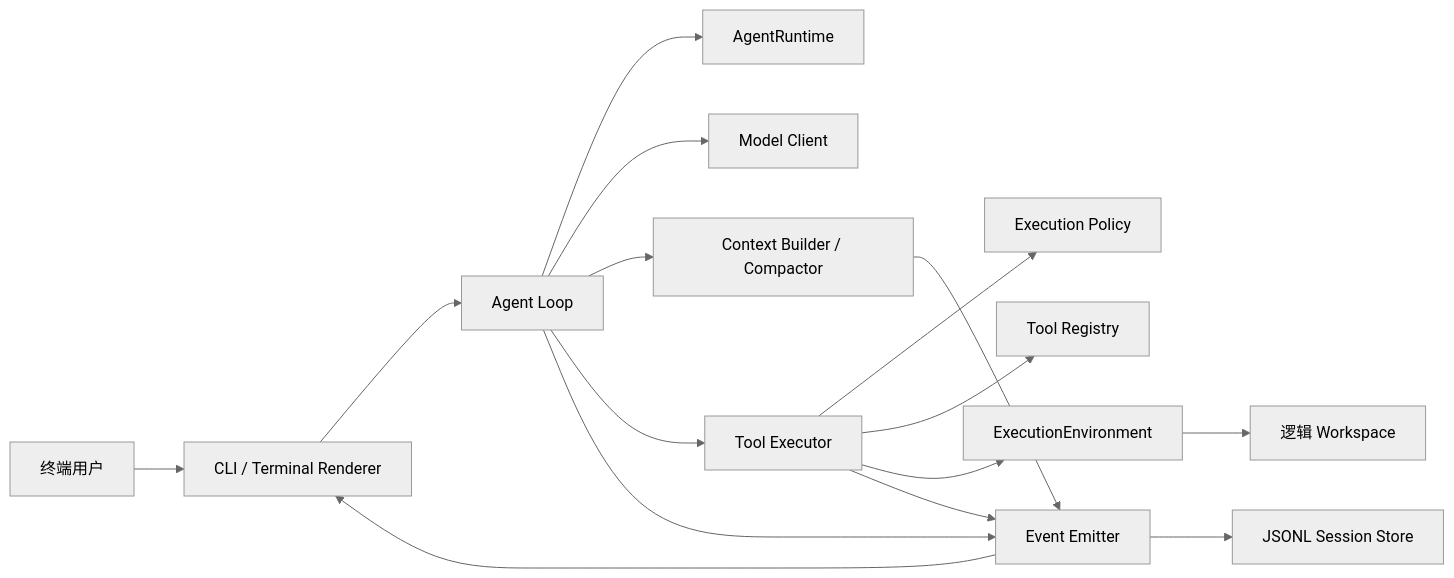
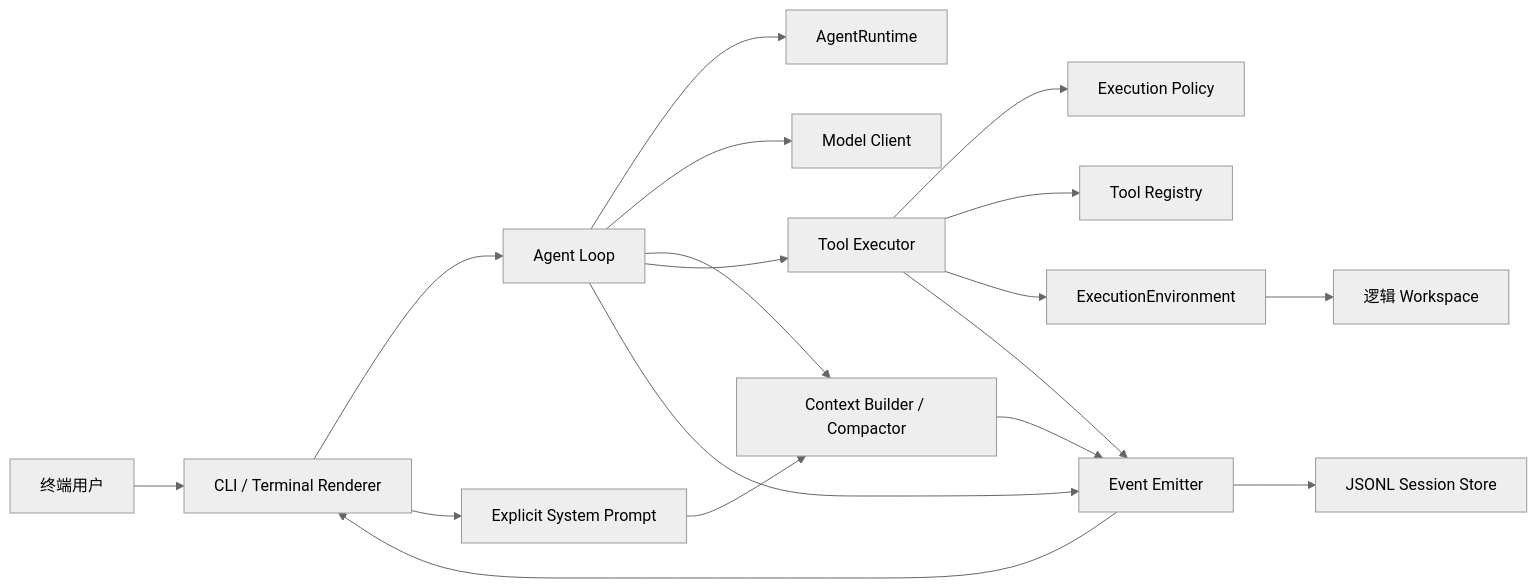
The diagram in docs/baseline/ARCHITECTURE.md (JAY201368/CodingAgentNeo), drawn with Mermaid (neutral theme) before and after one commit. The commit also changed other lines of this file and 6 other files, not shown here.

````diff
--- a/docs/baseline/ARCHITECTURE.md
+++ b/docs/baseline/ARCHITECTURE.md
@@ -55,18 +56,20 @@
 ```mermaid
 flowchart LR
     User["终端用户"] --> CLI["CLI / Terminal Renderer"]
     CLI --> Loop["Agent Loop"]
+    CLI --> Prompt["Explicit System Prompt"]
     Loop --> Runtime["AgentRuntime"]
     Loop --> Model["Model Client"]
     Loop --> Context["Context Builder / Compactor"]
+    Prompt --> Context
     Loop --> Executor["Tool Executor"]
     Executor --> Policy["Execution Policy"]
     Executor --> Registry["Tool Registry"]
     Executor --> Env["ExecutionEnvironment"]
     Env --> Workspace["逻辑 Workspace"]
     Loop --> Events["Event Emitter"]
     Executor --> Events
     Context --> Events
     Events --> Store["JSONL Session Store"]
     Events --> CLI
 ```
````
